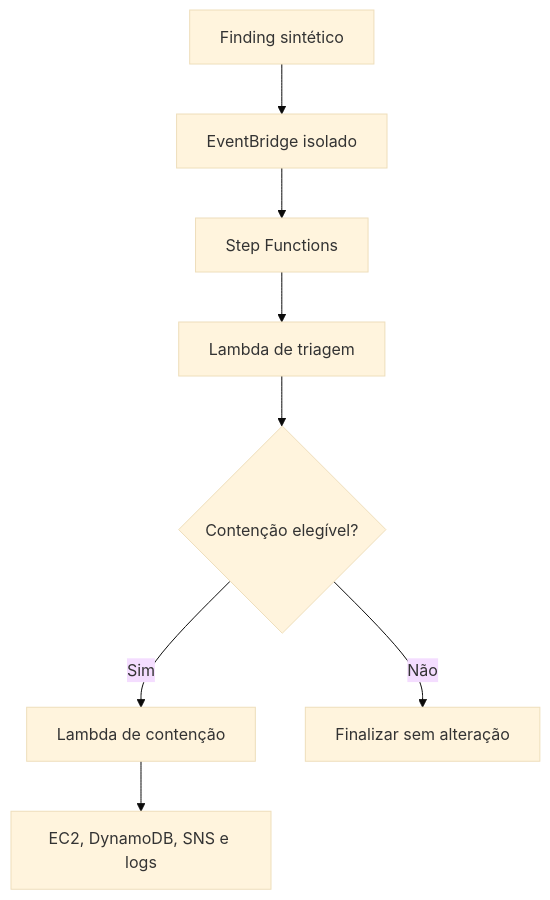
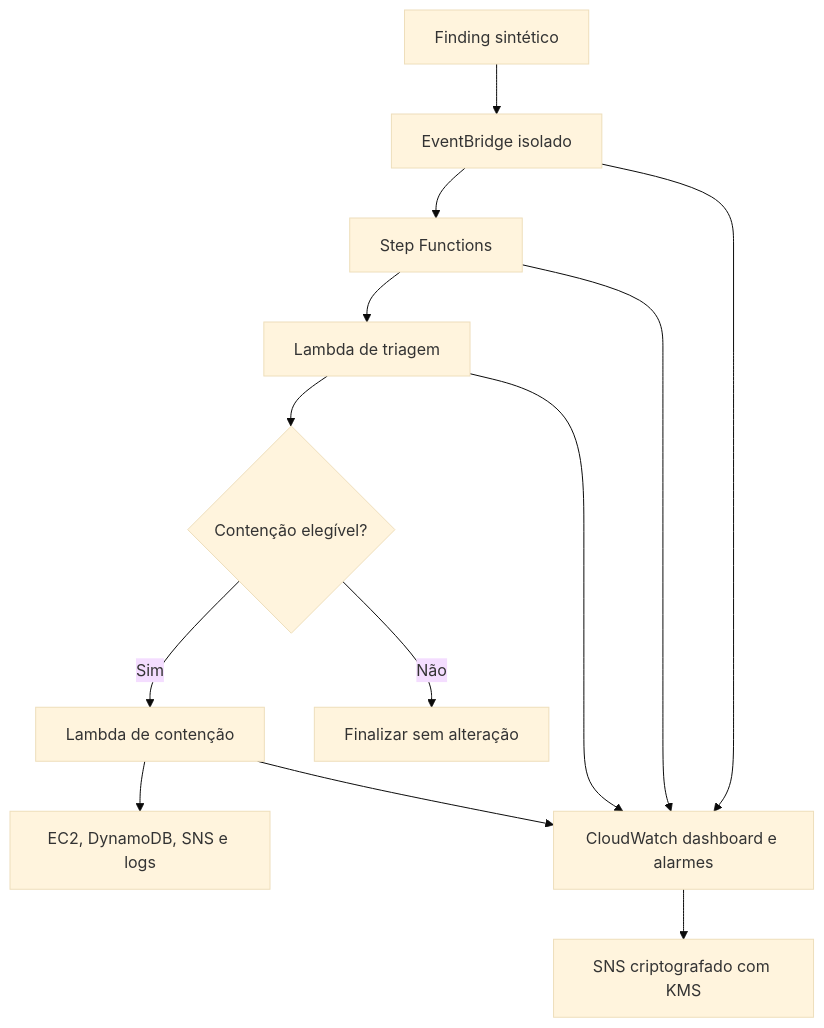
One commit to salenrod/aws-cloud-ir-automation-lab changed the diagram in README.md. Above: the diagram before and after it, drawn with Mermaid (base theme). The commit also changed other lines of this file and 6 other files, not shown here.

Commit message:
feat: add CloudWatch observability and encrypted notifications

````diff
--- a/README.md
+++ b/README.md
@@ -38,10 +40,15 @@
 ```mermaid
 flowchart TD
     A["Finding sintético"] --> B["EventBridge isolado"]
     B --> C["Step Functions"]
     C --> D["Lambda de triagem"]
     D --> E{"Contenção elegível?"}
     E -->|Sim| F["Lambda de contenção"]
     E -->|Não| G["Finalizar sem alteração"]
     F --> H["EC2, DynamoDB, SNS e logs"]
+    B --> I["CloudWatch dashboard e alarmes"]
+    C --> I
+    D --> I
+    F --> I
+    I --> J["SNS criptografado com KMS"]
 ```
````
